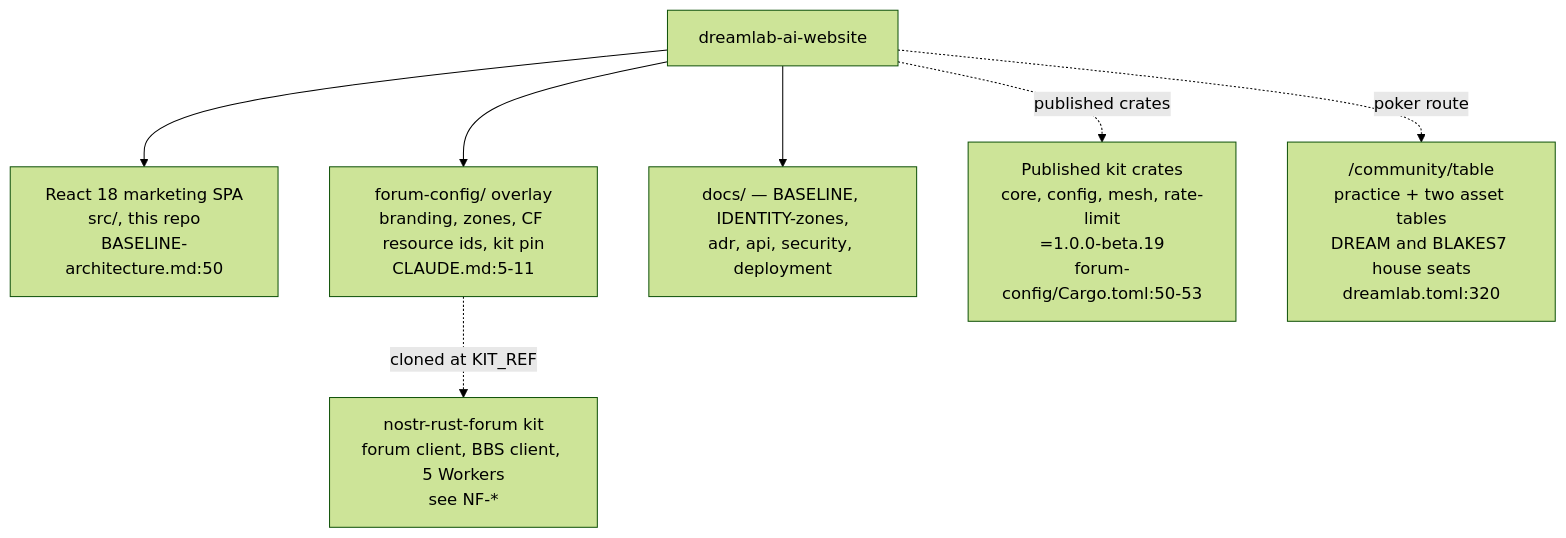
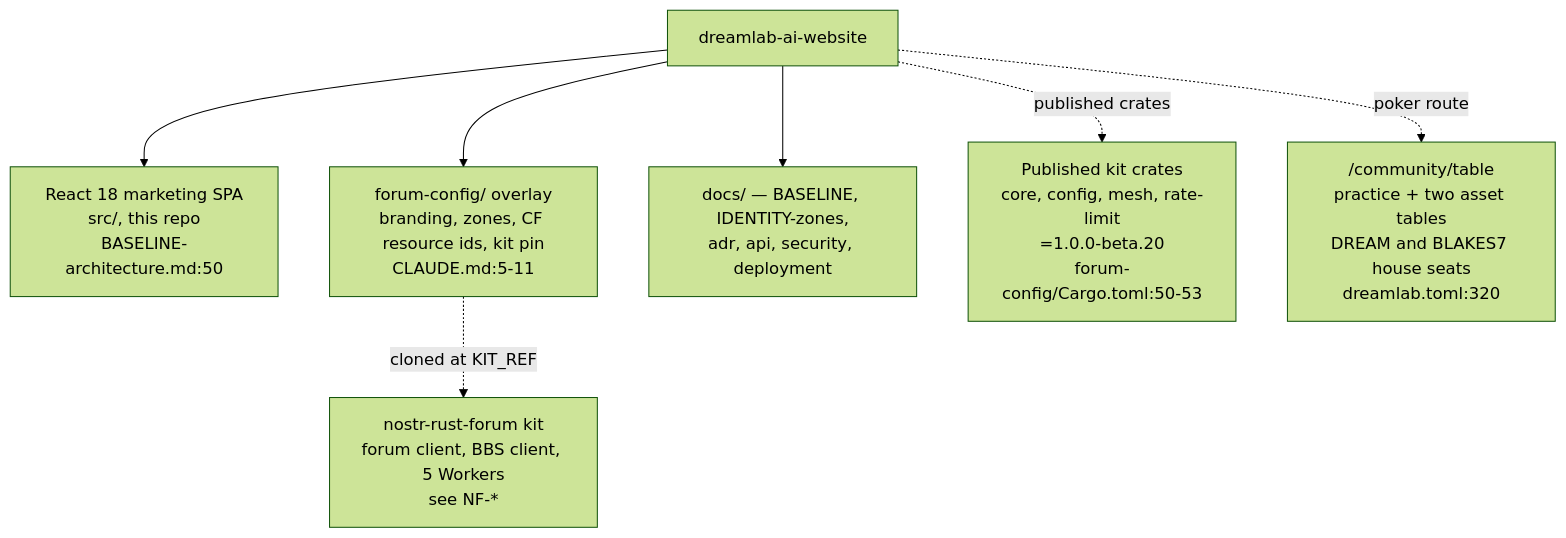
The first of 7 diagrams in docs/diagrams/dreamlab-ai-website/01-repo-composition-and-deploy-topology.md (DreamLab-AI/VisionFlow), drawn with Mermaid (forest theme) before and after one commit. The commit also changed other lines of this file and 6 other files, not shown here.

First line of the commit message:
docs(diagrams): re-verify dreamlab-ai-website DW-01..06, DW-10 against 567bed6

````diff
--- a/docs/diagrams/dreamlab-ai-website/01-repo-composition-and-deploy-topology.md
+++ b/docs/diagrams/dreamlab-ai-website/01-repo-composition-and-deploy-topology.md
@@ -25,9 +27,9 @@
 ```mermaid
 flowchart TB
     REPO["dreamlab-ai-website"] --> REACT["React 18 marketing SPA<br/>src/, this repo<br/>BASELINE-architecture.md:50"]
     REPO --> FCFG["forum-config/ overlay<br/>branding, zones, CF resource ids, kit pin<br/>CLAUDE.md:5-11"]
     REPO --> DOCS["docs/ — BASELINE, IDENTITY-zones,<br/>adr, api, security, deployment"]
     FCFG -. "cloned at KIT_REF" .-> KIT["nostr-rust-forum kit<br/>forum client, BBS client, 5 Workers<br/>see NF-*"]
-    REPO -. "published crates" .-> CRATES["Published kit crates<br/>core, config, mesh, rate-limit<br/>=1.0.0-beta.19<br/>forum-config/Cargo.toml:50-53"]
+    REPO -. "published crates" .-> CRATES["Published kit crates<br/>core, config, mesh, rate-limit<br/>=1.0.0-beta.20<br/>forum-config/Cargo.toml:50-53"]
     REPO -. "poker route" .-> POKER["/community/table<br/>practice + two asset tables<br/>DREAM and BLAKES7 house seats<br/>dreamlab.toml:320"]
 ```
````
